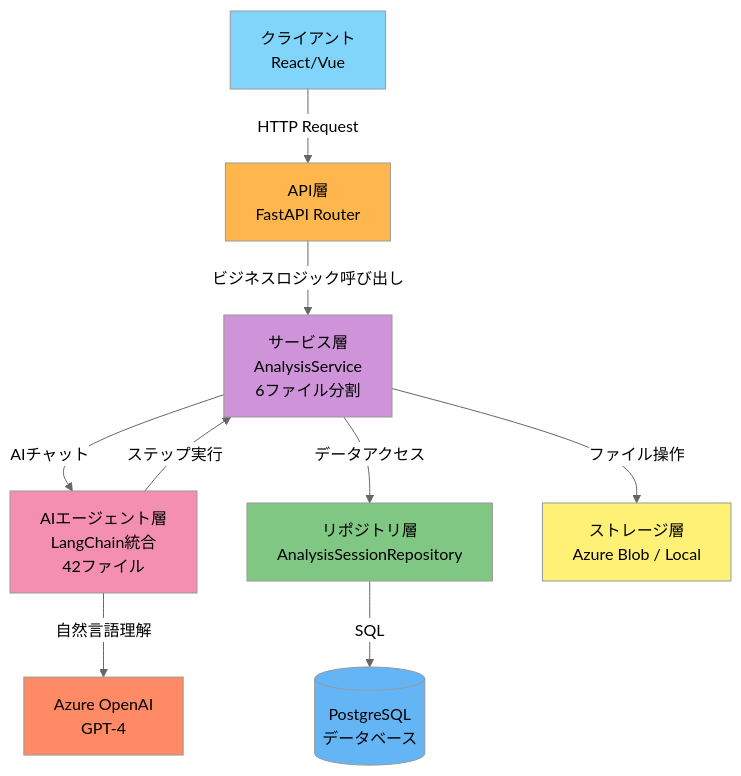
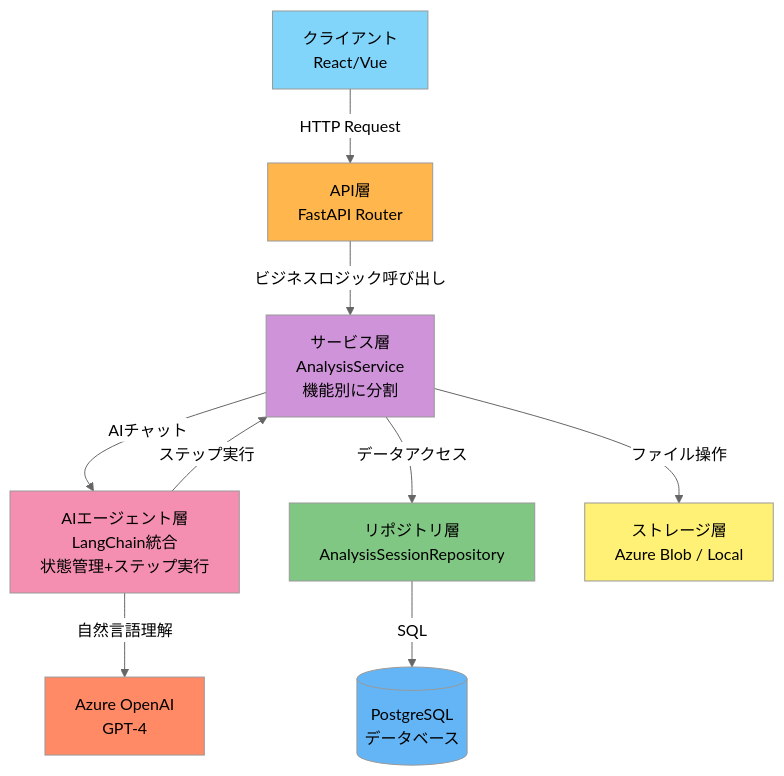
Before and after one commit to nomura-koshiro/genai-app-docs: the first of 5 diagrams in docs/06-guides/09-analysis-feature/index.md, drawn with Mermaid (neutral theme). The commit also changed other lines of this file and 35 other files, not shown here.

````diff
--- a/docs/06-guides/09-analysis-feature/index.md
+++ b/docs/06-guides/09-analysis-feature/index.md
@@ -71,29 +71,29 @@
 ```mermaid
 graph TB
     Client[クライアント<br/>React/Vue]
     API[API層<br/>FastAPI Router]
-    Service[サービス層<br/>AnalysisService<br/>6ファイル分割]
-    Agent[AIエージェント層<br/>LangChain統合<br/>42ファイル]
+    Service[サービス層<br/>AnalysisService<br/>機能別に分割]
+    Agent[AIエージェント層<br/>LangChain統合<br/>状態管理+ステップ実行]
     Repo[リポジトリ層<br/>AnalysisSessionRepository]
     DB[(PostgreSQL<br/>データベース)]
     Storage[ストレージ層<br/>Azure Blob / Local]
     LLM[Azure OpenAI<br/>GPT-4]
 
     Client -->|HTTP Request| API
     API -->|ビジネスロジック呼び出し| Service
     Service -->|AIチャット| Agent
     Agent -->|自然言語理解| LLM
     Agent -->|ステップ実行| Service
     Service -->|データアクセス| Repo
     Service -->|ファイル操作| Storage
     Repo -->|SQL| DB
 
     style Client fill:#81d4fa
     style API fill:#ffb74d
     style Service fill:#ce93d8
     style Agent fill:#f48fb1
     style Repo fill:#81c784
     style DB fill:#64b5f6
     style Storage fill:#fff176
     style LLM fill:#ff8a65
 ```
````
